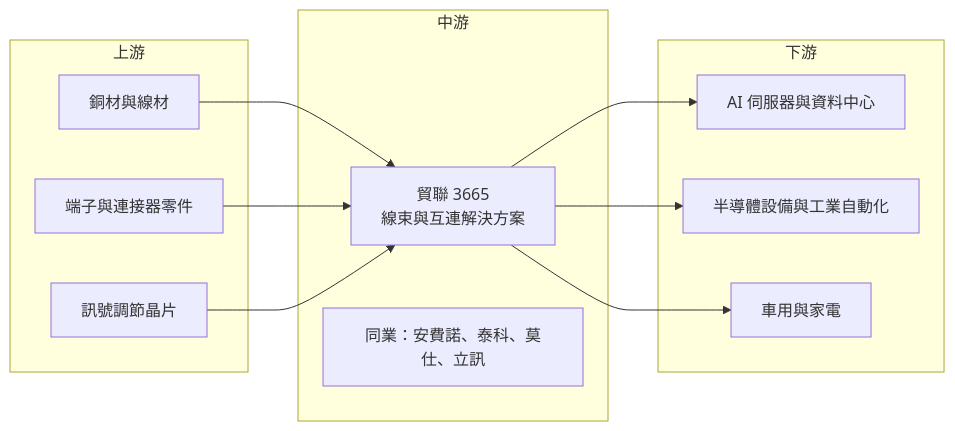
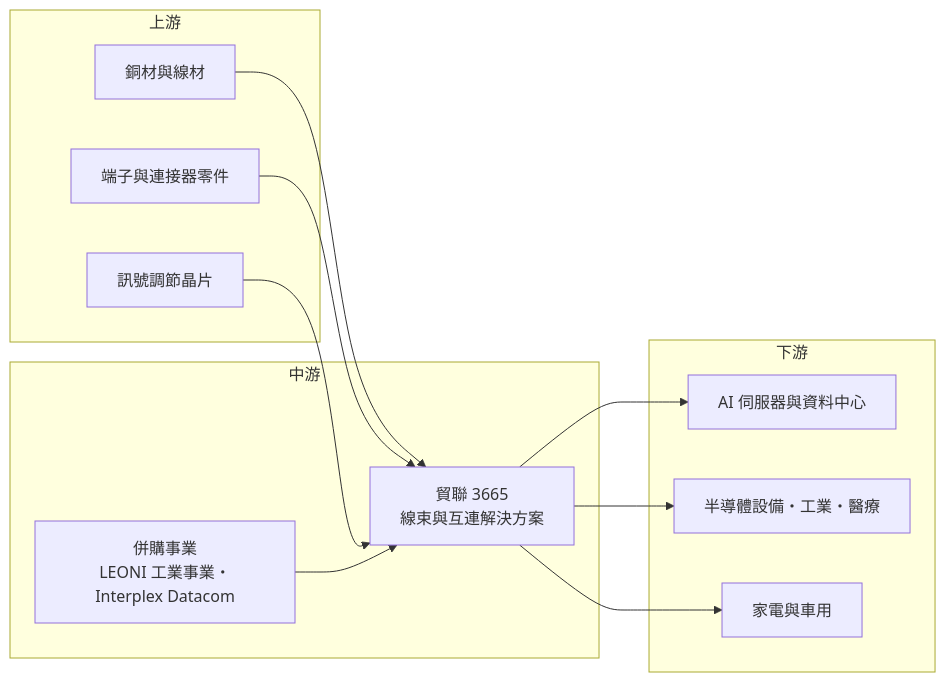
Before and after one commit to wangnick1004/taiwan-stock-vault: the fourth of 4 diagrams in 個股/台股/3665貿聯-KY.md, drawn with Mermaid. The commit also changed other lines of this file and 6 other files, not shown here.

````diff
--- a/個股/台股/3665貿聯-KY.md
+++ b/個股/台股/3665貿聯-KY.md
@@ -207,23 +226,24 @@
 ```mermaid
 flowchart LR
     subgraph 上游
         A1[銅材與線材]
         A2[端子與連接器零件]
         A3[訊號調節晶片]
     end
     subgraph 中游
         B[貿聯 3665<br/>線束與互連解決方案]
-        B2[同業：安費諾、泰科、莫仕、立訊]
+        B2[併購事業<br/>LEONI 工業事業・Interplex Datacom]
     end
     subgraph 下游
         C1[AI 伺服器與資料中心]
-        C2[半導體設備與工業自動化]
-        C3[車用與家電]
+        C2[半導體設備・工業・醫療]
+        C3[家電與車用]
     end
     A1 --> B
     A2 --> B
     A3 --> B
+    B2 --> B
     B --> C1
     B --> C2
     B --> C3
 ```
````
